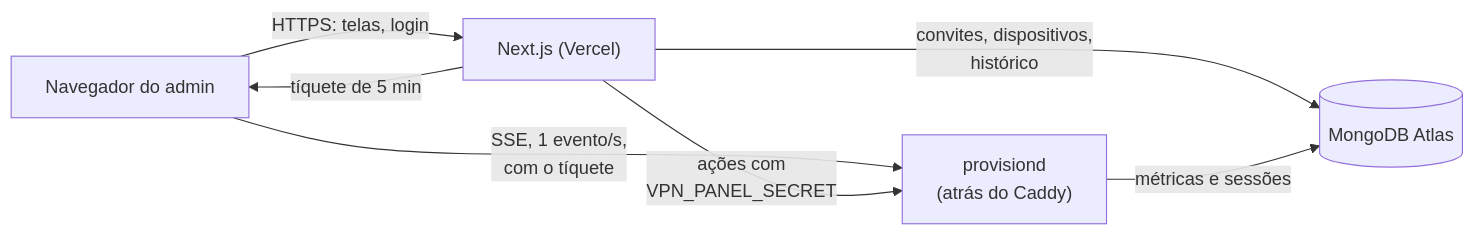
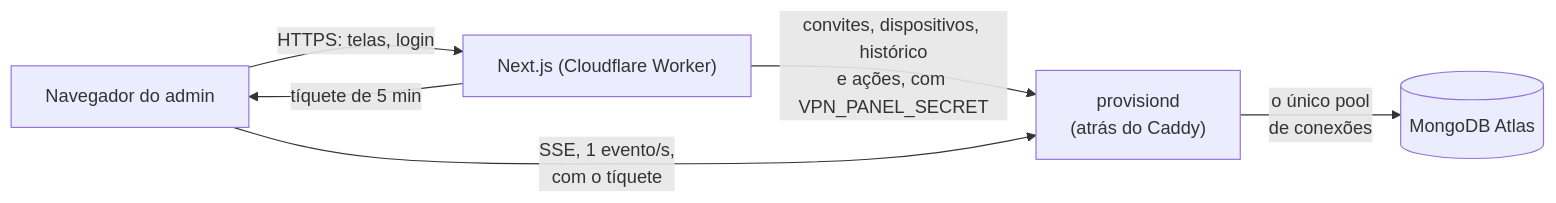
Before and after one commit to bumaruf/discord-go-vpn: the diagram in panel/README.md, drawn with Mermaid. The commit also changed other lines of this file and 4 other files, not shown here.

````diff
--- a/panel/README.md
+++ b/panel/README.md
@@ -50,14 +50,13 @@
 ```mermaid
 flowchart LR
     B["Navegador do admin"]
-    N["Next.js (Vercel)"]
+    N["Next.js (Cloudflare Worker)"]
     A[("MongoDB Atlas")]
     P["provisiond<br/>(atrás do Caddy)"]
 
     B -- "HTTPS: telas, login" --> N
-    N -- "convites, dispositivos,<br/>histórico" --> A
+    N -- "convites, dispositivos, histórico<br/>e ações, com VPN_PANEL_SECRET" --> P
     N -- "tíquete de 5 min" --> B
     B -- "SSE, 1 evento/s,<br/>com o tíquete" --> P
-    N -- "ações com<br/>VPN_PANEL_SECRET" --> P
-    P -- "métricas e sessões" --> A
+    P -- "o único pool<br/>de conexões" --> A
 ```
````
